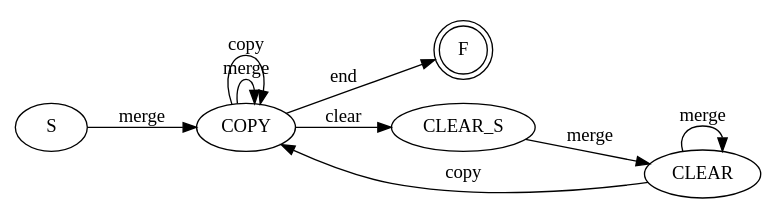
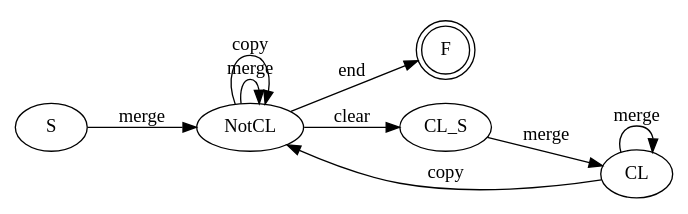
Before and after one commit to megodoonch/birdsong: the diagram in markhov/ops.dot, drawn with Graphviz. The commit also changed 1 other file, not shown here.

```diff
--- a/markhov/ops.dot
+++ b/markhov/ops.dot
@@ -1,22 +1,22 @@
 digraph  { rankdir=LR;
 	//node [shape=circle];	
 	
 	F [shape=doublecircle];
 	
 
-	S->COPY [label=merge];
+	S->NotCL [label=merge];
 	
-	COPY->COPY [label=merge];
-	COPY->COPY [label=copy];
-	COPY->CLEAR_S [label=clear];
-	COPY->F [label=end];
+	NotCL->NotCL [label=merge];
+	NotCL->NotCL [label=copy];
+	NotCL->CL_S [label=clear];
+	NotCL->F [label=end];
 	
-	CLEAR_S->CLEAR [label=merge];
+	CL_S->CL [label=merge];
 	
-	CLEAR->CLEAR [label=merge];
-	CLEAR->COPY [label=copy];
+	CL->CL [label=merge];
+	CL->NotCL [label=copy];
 
 	
 
 
 }
```
